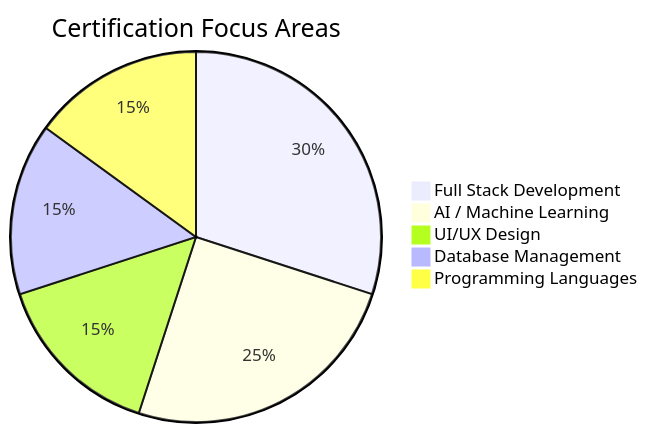
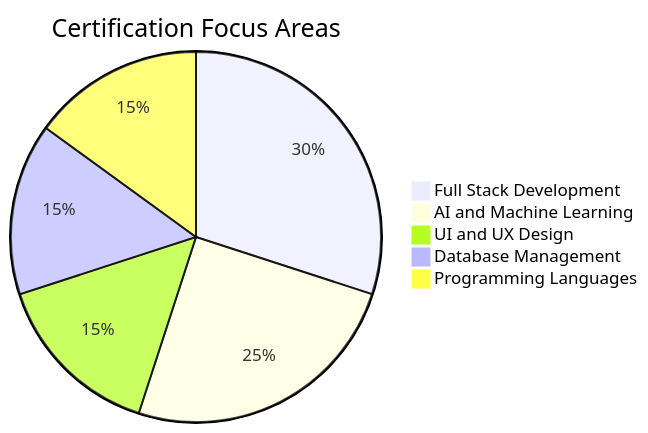
The tenth of 10 diagrams in README.md (Hamza-Kahloon786/Hamza-Kahloon786), drawn with Mermaid before and after one commit. The commit also changed other lines of this file and 23 other files, not shown here.

````diff
--- a/README.md
+++ b/README.md
@@ -326,8 +343,8 @@
 ```mermaid
 pie title Certification Focus Areas
     "Full Stack Development" : 30
-    "AI / Machine Learning" : 25
-    "UI/UX Design" : 15
+    "AI and Machine Learning" : 25
+    "UI and UX Design" : 15
     "Database Management" : 15
     "Programming Languages" : 15
 ```
````
